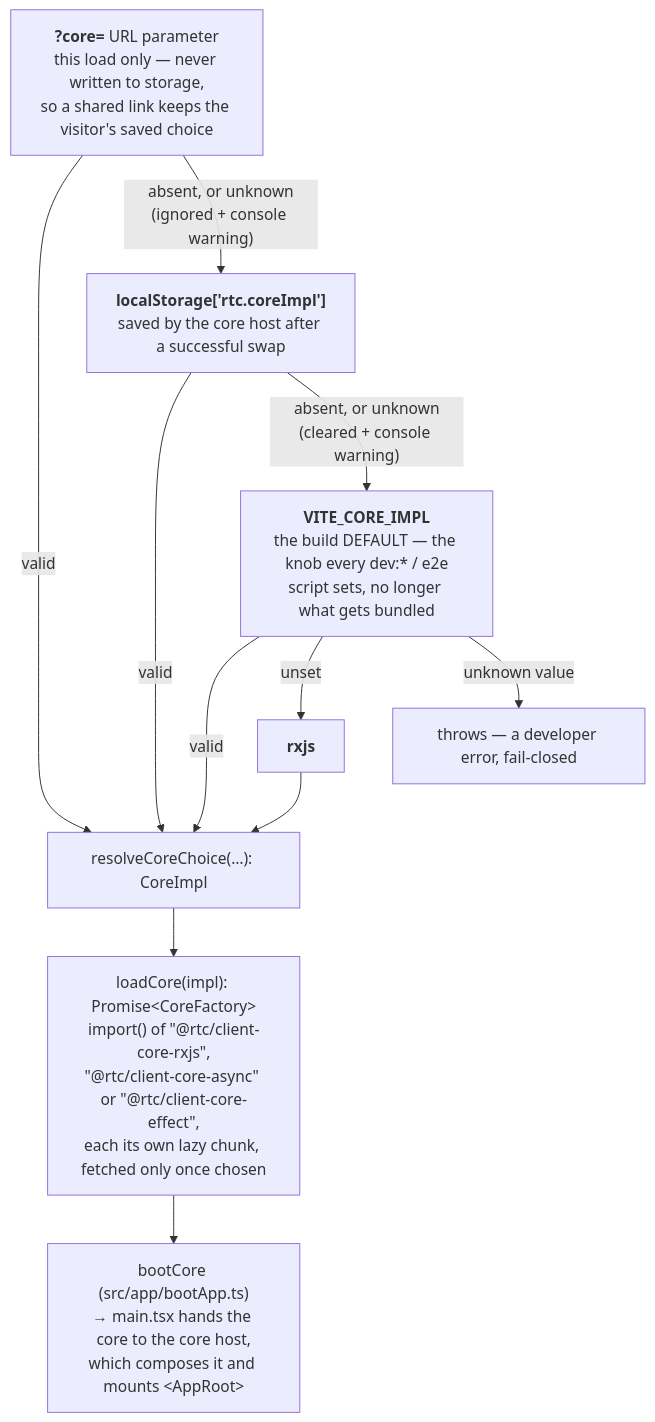
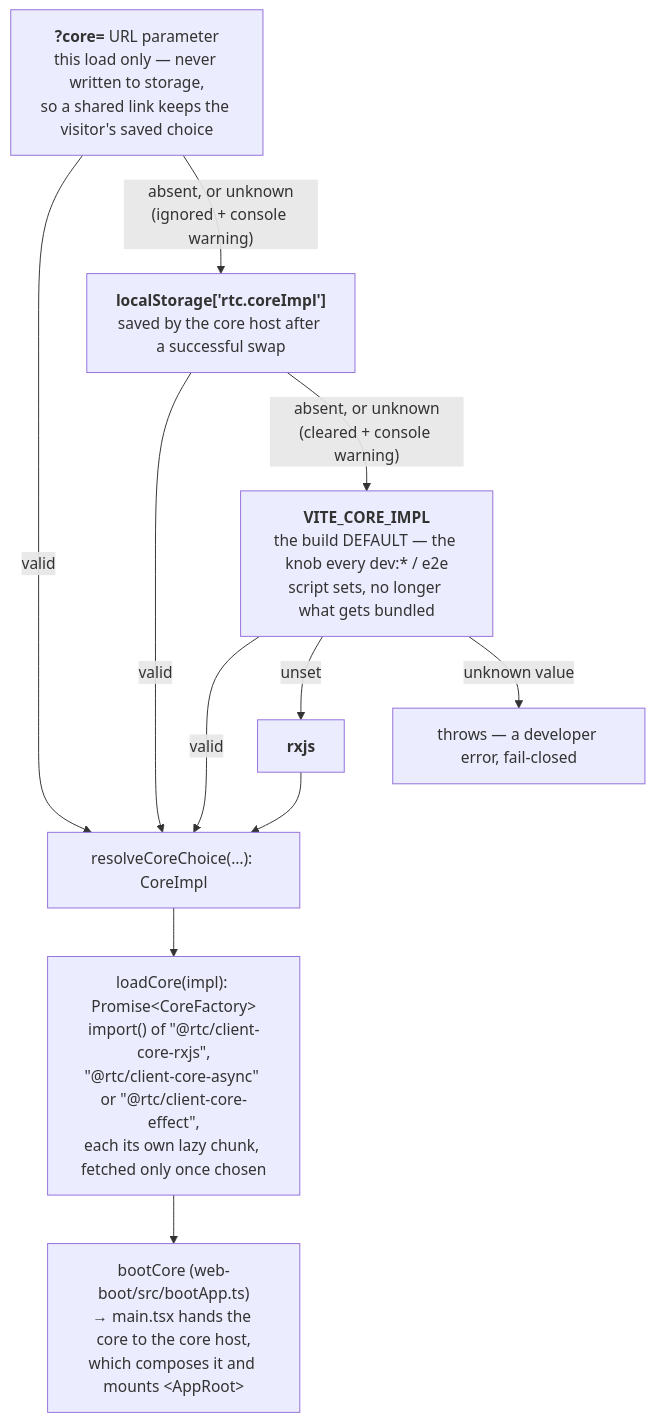
The second of 2 diagrams in docs/architecture/22-pluggable-application-core.md (bettersoftware-io/ReactiveTraderCloudClone), drawn with Mermaid before and after one commit. The commit also changed other lines of this file and 16 other files, not shown here.

First line of the commit message:
docs(web-boot): the package in CI, the coverage report and the docs

````diff
--- a/docs/architecture/22-pluggable-application-core.md
+++ b/docs/architecture/22-pluggable-application-core.md
@@ -114,22 +114,22 @@
 ```mermaid
 flowchart TD
   url["<b>?core=</b> URL parameter<br/>this load only — never written to storage,<br/>so a shared link keeps the visitor's saved choice"]
   stored["<b>localStorage['rtc.coreImpl']</b><br/>saved by the core host after a successful swap"]
   build["<b>VITE_CORE_IMPL</b><br/>the build DEFAULT — the knob every dev:* / e2e<br/>script sets, no longer what gets bundled"]
   fallback["<b>rxjs</b>"]
   fail["throws — a developer error, fail-closed"]
   resolved["resolveCoreChoice(…): CoreImpl"]
   load["loadCore(impl): Promise#lt;CoreFactory#gt;<br/>import() of #quot;@rtc/client-core-rxjs#quot;,<br/>#quot;@rtc/client-core-async#quot; or #quot;@rtc/client-core-effect#quot;,<br/>each its own lazy chunk, fetched only once chosen"]
-  boot["bootCore (src/app/bootApp.ts)<br/>→ main.tsx hands the core to the core host,<br/>which composes it and mounts #lt;AppRoot#gt;"]
+  boot["bootCore (web-boot/src/bootApp.ts)<br/>→ main.tsx hands the core to the core host,<br/>which composes it and mounts #lt;AppRoot#gt;"]
 
   url -- "valid" --> resolved
   url -- "absent, or unknown<br/>(ignored + console warning)" --> stored
   stored -- "valid" --> resolved
   stored -- "absent, or unknown<br/>(cleared + console warning)" --> build
   build -- "valid" --> resolved
   build -- "unset" --> fallback
   build -- "unknown value" --> fail
   fallback --> resolved
   resolved --> load
   load --> boot
 ```
````
